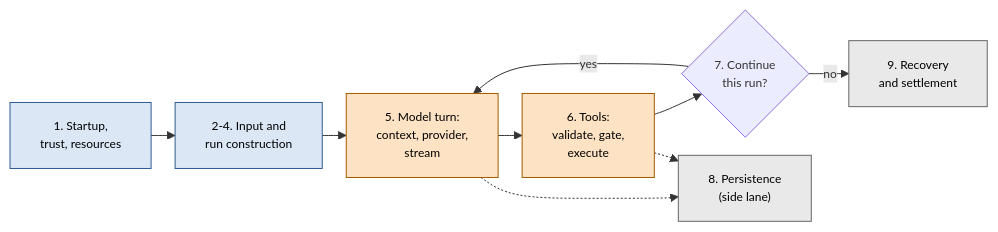
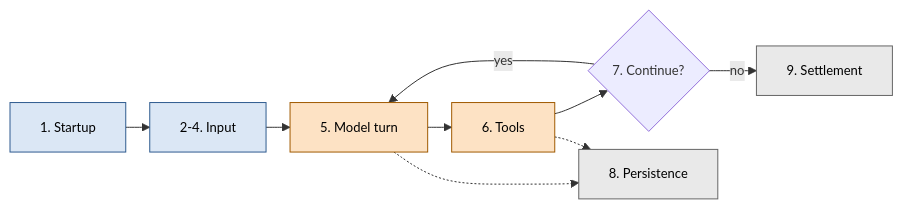
The second of 7 diagrams in developer-guide/06-lifecycle-and-hooks.qmd (lukechen526/pi), drawn with Mermaid before and after one commit. The commit also changed other lines of this file and 1 other file, not shown here.

````diff
--- a/developer-guide/06-lifecycle-and-hooks.qmd
+++ b/developer-guide/06-lifecycle-and-hooks.qmd
@@ -145,23 +145,23 @@
 ```{mermaid}
 %%| label: fig-prompt-lifecycle-overview
-%%| fig-cap: "The complete prompt path. Startup precedes the loop; prompt and tool assembly precede the repeated provider/tool cycle; persistence is a side lane; settlement closes the run."
+%%| fig-cap: "The complete prompt path. Startup loads and trusts extensions; input and interception build the run; each model turn assembles context, calls the provider, and streams; tools are validated, gated, and executed; persistence records finalized work throughout; settlement closes the run."
 %%| fig-pos: "H"
 %%| fig-width: 6.3
-%%{init: {"flowchart": {"nodeSpacing": 18, "rankSpacing": 24}, "themeVariables": {"fontSize": "12px"}}}%%
+%%{init: {"flowchart": {"nodeSpacing": 18, "rankSpacing": 24}, "themeVariables": {"fontSize": "13px"}}}%%
 flowchart LR
-  S0["1. Startup,<br/>trust, resources"]:::input
-  S1["2-4. Input and<br/>run construction"]:::input
-  S5["5. Model turn:<br/>context, provider,<br/>stream"]:::turn
-  S6["6. Tools:<br/>validate, gate,<br/>execute"]:::turn
-  S7{"7. Continue<br/>this run?"}
-  S8["8. Persistence<br/>(side lane)"]:::settle
-  S9["9. Recovery<br/>and settlement"]:::settle
+  S0["1. Startup"]:::input
+  S1["2-4. Input"]:::input
+  S5["5. Model turn"]:::turn
+  S6["6. Tools"]:::turn
+  S7{"7. Continue?"}
+  S8["8. Persistence"]:::settle
+  S9["9. Settlement"]:::settle
   S0 --> S1 --> S5 --> S6 --> S7
   S7 -->|"yes"| S5
   S7 -->|"no"| S9
   S5 -.-> S8
   S6 -.-> S8
   classDef input fill:#dbe7f5,stroke:#2f5b8f,color:#000000
   classDef turn fill:#fde2c4,stroke:#a05a00,color:#000000
   classDef settle fill:#e9e9e9,stroke:#666666,color:#000000
 ```
````
